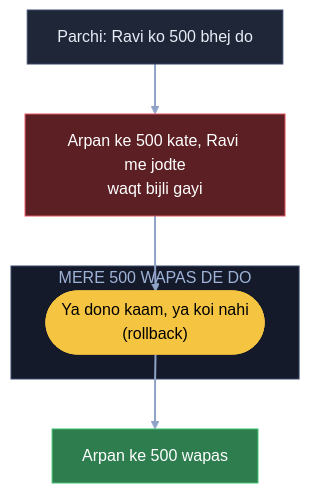
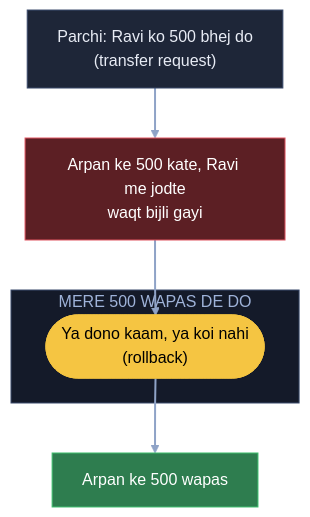
The first of 22 diagrams in 04_HLD/SYSTEM_DESIGNS/13_banking_system/13_banking_system.md (ArpanMaheshwari144/Prep), drawn with Mermaid before and after one commit. The commit also changed other lines of this file and 20 other files, not shown here.

Commit message:
HLD main files: diagram me kahani shabd + bracket me asli naam (21 design, 182 label)

````diff
--- a/04_HLD/SYSTEM_DESIGNS/13_banking_system/13_banking_system.md
+++ b/04_HLD/SYSTEM_DESIGNS/13_banking_system/13_banking_system.md
@@ -84,18 +84,18 @@
 ```mermaid
 flowchart TB
-    A["Parchi: Ravi ko 500 bhej do"]:::card
+    A["Parchi: Ravi ko 500 bhej do<br/>(transfer request)"]:::card
     X["Arpan ke 500 kate, Ravi me jodte<br/>waqt bijli gayi"]:::bad
     subgraph WD["MERE 500 WAPAS DE DO"]
         R(["Ya dono kaam, ya koi nahi<br/>(rollback)"]):::pill
     end
     OK["Arpan ke 500 wapas"]:::good
     A --> X
     X --> R
     R --> OK
     linkStyle default stroke:#8fa3c7,stroke-width:2px
     classDef card fill:#1e2638,stroke:#3a4a6b,color:#e8ecf5
     classDef pill fill:#f5c542,stroke:#f5c542,color:#000
     classDef good fill:#2e7d4f,stroke:#3fbf6f,color:#fff
     classDef bad fill:#5c1f24,stroke:#e05561,color:#fff
     style WD fill:#141a29,stroke:#3a4a6b,color:#9fb3d9
 ```
````
